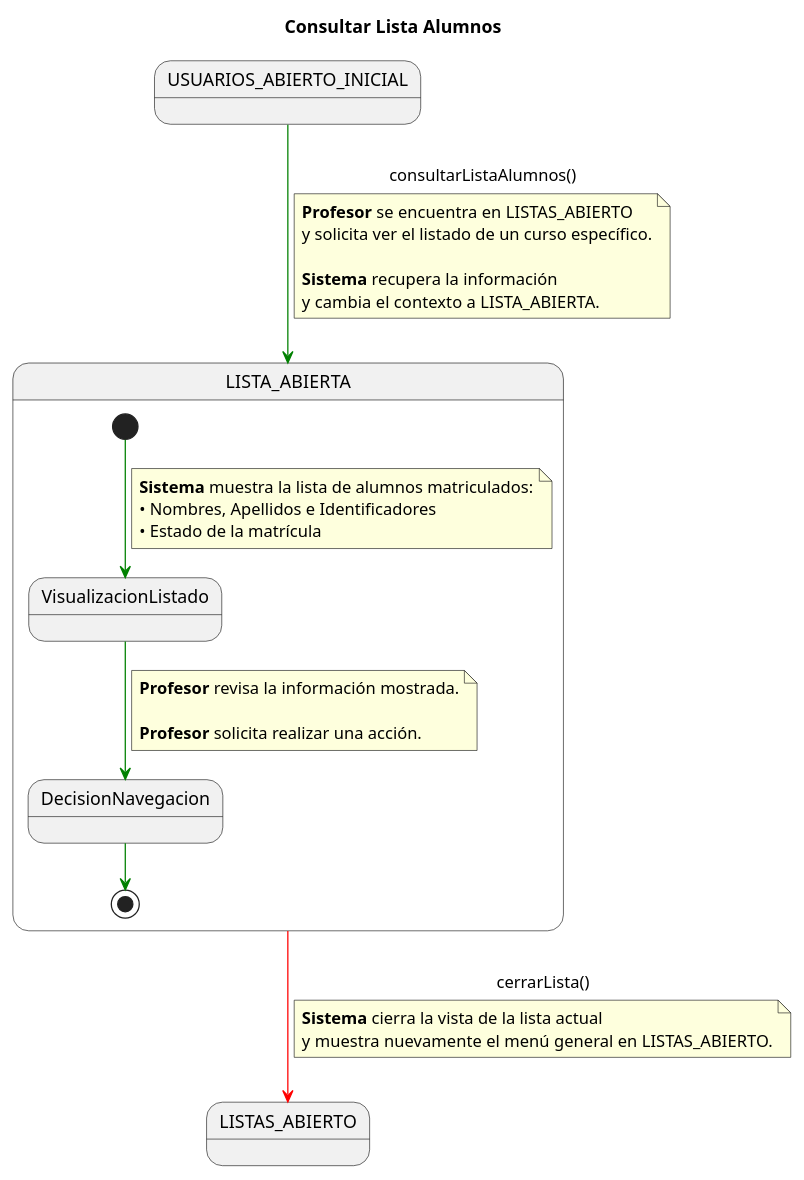
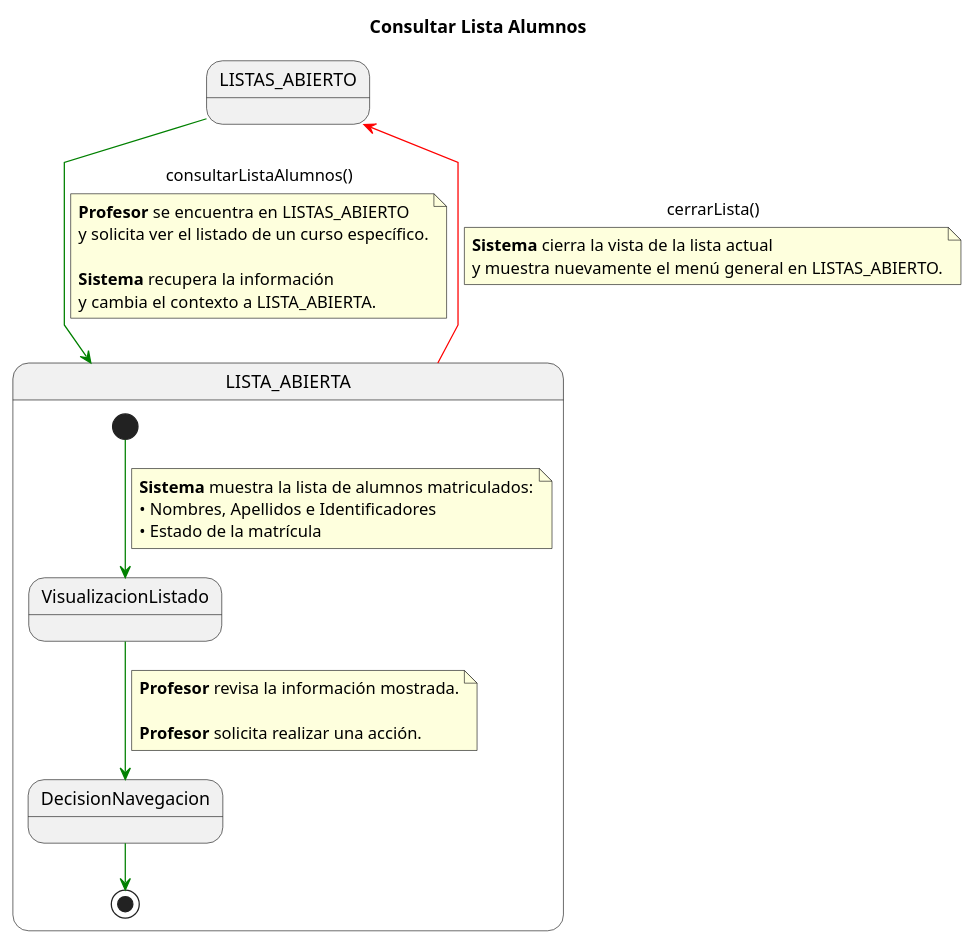
One commit to enmabry/25-26-IdSw1-SdR changed the diagram in documents/CasosDeUso/DetalladoCasosDeUso/Profesor/consultarListaAlumnos.puml. Above: the diagram before and after it, drawn with PlantUML. The commit also changed 7 other files, not shown here.

```diff
--- a/documents/CasosDeUso/DetalladoCasosDeUso/Profesor/consultarListaAlumnos.puml
+++ b/documents/CasosDeUso/DetalladoCasosDeUso/Profesor/consultarListaAlumnos.puml
@@ -1,46 +1,46 @@
 @startuml
 title Consultar Lista Alumnos
 skinparam linetype polyline
 
-state LISTAS_ABIERTO_INICIAL as "LISTAS_ABIERTO"
-state LISTA_ABIERTA_COMP     as "LISTA_ABIERTA"
+state LISTAS_ABIERTO as "LISTAS_ABIERTO"
+state LISTA_ABIERTA as "LISTA_ABIERTA"
 
 
-USUARIOS_ABIERTO_INICIAL -[#green]-> LISTA_ABIERTA_COMP : consultarListaAlumnos()
+LISTAS_ABIERTO -[#green]-> LISTA_ABIERTA : consultarListaAlumnos()
 note on link
 <b>Profesor</b> se encuentra en LISTAS_ABIERTO
 y solicita ver el listado de un curso específico.
 
 <b>Sistema</b> recupera la información
 y cambia el contexto a LISTA_ABIERTA.
 end note
 
-state LISTA_ABIERTA_COMP as "LISTA_ABIERTA" {
+state LISTA_ABIERTA as "LISTA_ABIERTA" {
 
     state VisualizacionListado
     state DecisionNavegacion
 
     [*] -[#green]-> VisualizacionListado
     note on link
     <b>Sistema</b> muestra la lista de alumnos matriculados:
     • Nombres, Apellidos e Identificadores
     • Estado de la matrícula
     end note
 
     VisualizacionListado -[#green]-> DecisionNavegacion
     note on link
     <b>Profesor</b> revisa la información mostrada.
 
     <b>Profesor</b> solicita realizar una acción.
     end note
 
     DecisionNavegacion -[#green]-> [*]
 }
 
-LISTA_ABIERTA_COMP -[#red]-> LISTAS_ABIERTO_INICIAL : cerrarLista()
+LISTA_ABIERTA -[#red]-> LISTAS_ABIERTO : cerrarLista()
 note on link
 <b>Sistema</b> cierra la vista de la lista actual
 y muestra nuevamente el menú general en LISTAS_ABIERTO.
 end note
 
 @enduml
```
